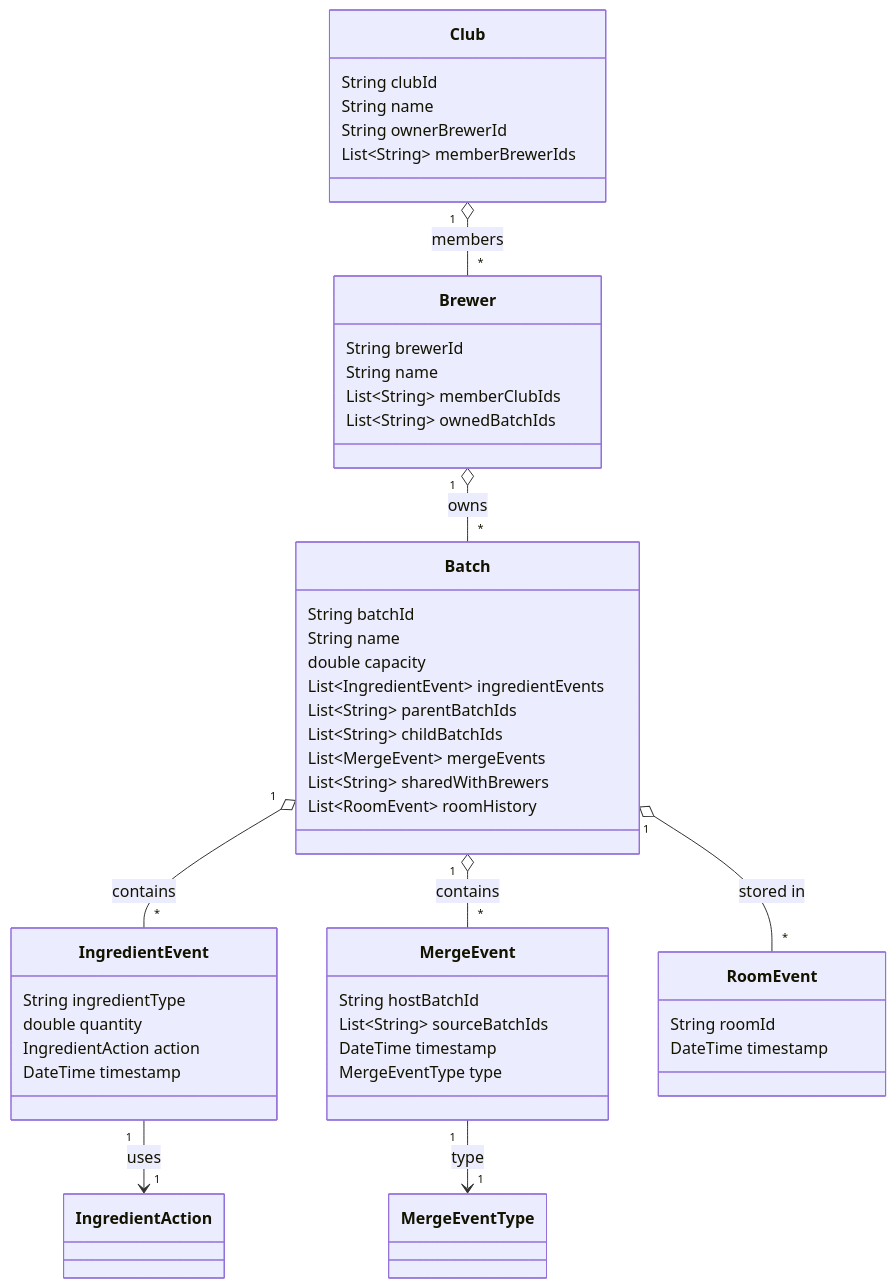
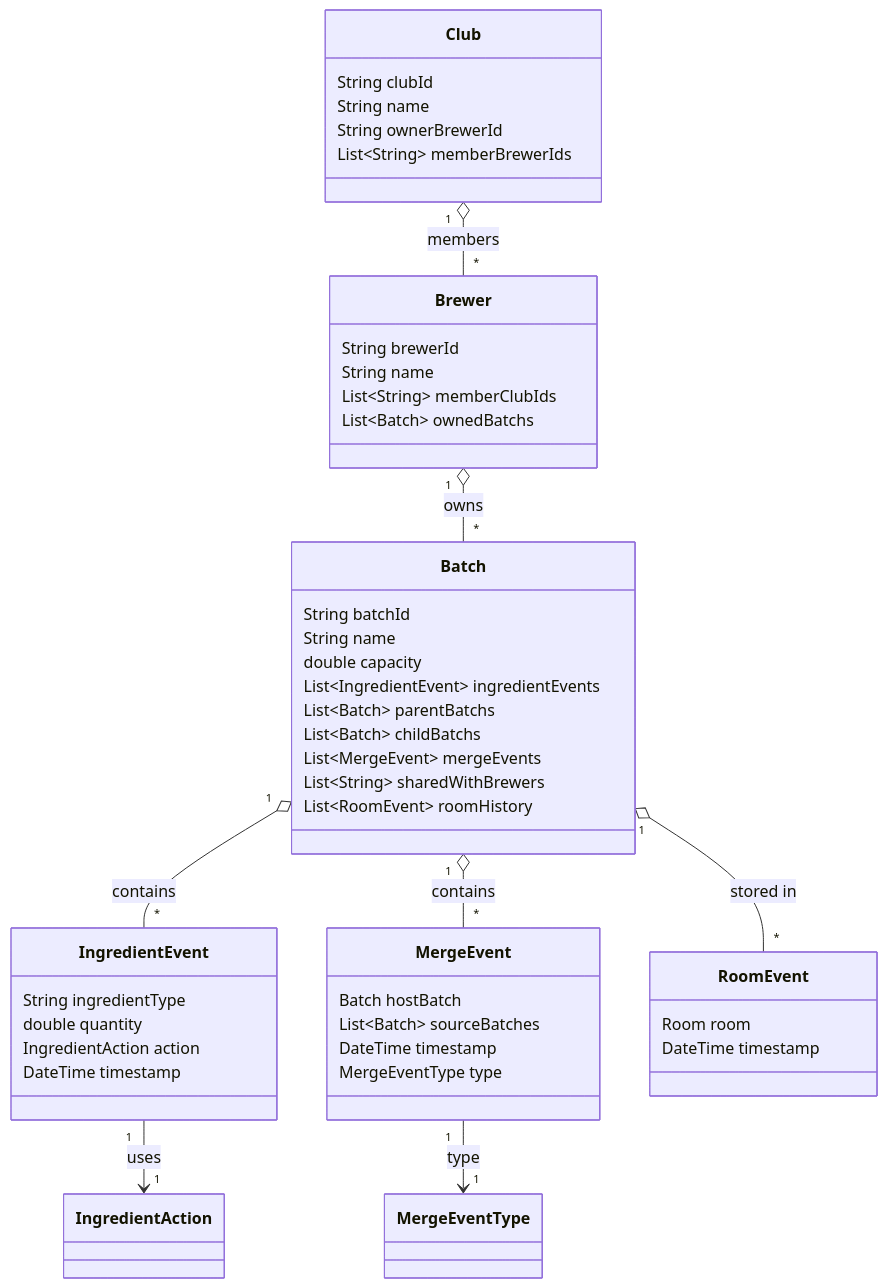
One commit to ScottyGav/Brewty changed the diagram in youbrewty/docs/model.md. Above: the diagram before and after it, drawn with Mermaid. The commit also changed 12 other files, not shown here.

````diff
--- a/youbrewty/docs/model.md
+++ b/youbrewty/docs/model.md
@@ -3,58 +3,58 @@
 ```mermaid
 classDiagram
     class Batch {
         String batchId
         String name
         double capacity
         List~IngredientEvent~ ingredientEvents
-        List~String~ parentBatchIds
-        List~String~ childBatchIds
+    List~Batch~ parentBatchs
+    List~Batch~ childBatchs
         List~MergeEvent~ mergeEvents
         List~String~ sharedWithBrewers
         List~RoomEvent~ roomHistory
     }
 
     class IngredientEvent {
         String ingredientType
         double quantity
         IngredientAction action
         DateTime timestamp
     }
 
     class MergeEvent {
-        String hostBatchId
-        List~String~ sourceBatchIds
+        Batch hostBatch
+    List~Batch~ sourceBatches
         DateTime timestamp
         MergeEventType type
     }
 
     class RoomEvent {
-        String roomId
+        Room room
         DateTime timestamp
     }
 
     class Brewer {
         String brewerId
         String name
         List~String~ memberClubIds
-        List~String~ ownedBatchIds
+        List~Batch~ ownedBatchs
     }
 
     class Club {
         String clubId
         String name
         String ownerBrewerId
         List~String~ memberBrewerIds
     }
 
     class IngredientAction
     class MergeEventType
 
     Batch "1" o-- "*" IngredientEvent : contains
     Batch "1" o-- "*" MergeEvent : contains
     Batch "1" o-- "*" RoomEvent : stored in
     IngredientEvent "1" --> "1" IngredientAction : uses
     MergeEvent "1" --> "1" MergeEventType : type
     Brewer "1" o-- "*" Batch : owns
     Club "1" o-- "*" Brewer : members
 ```
````
